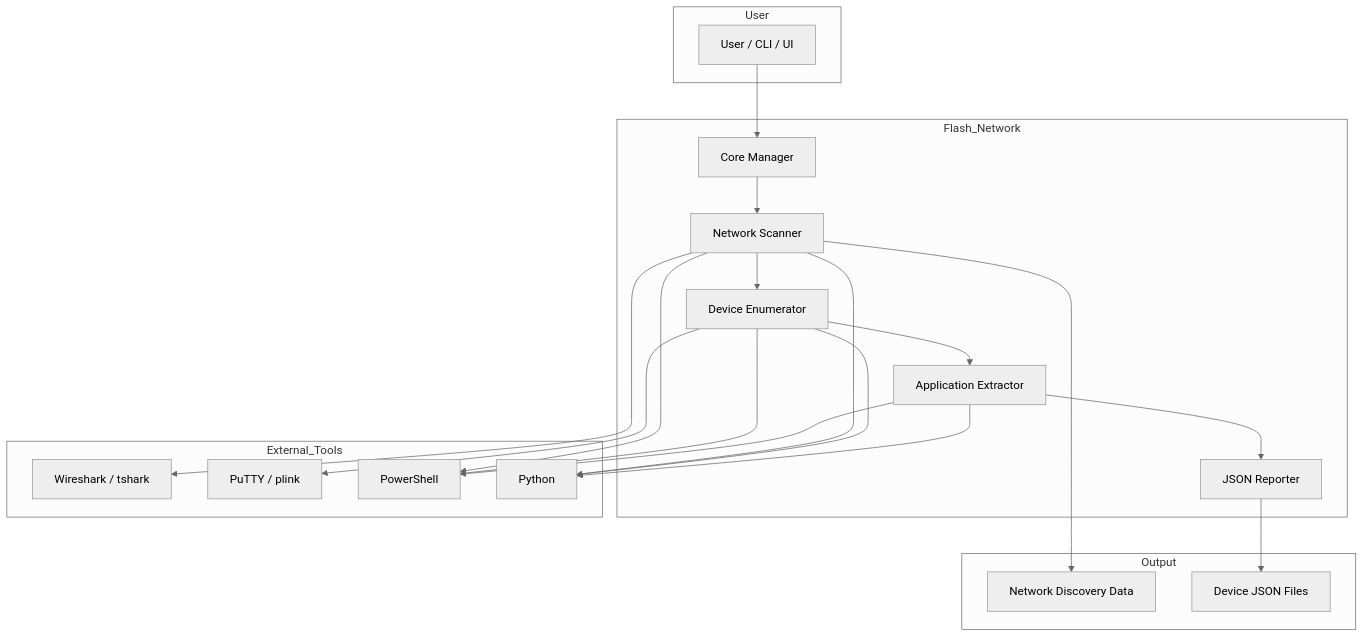
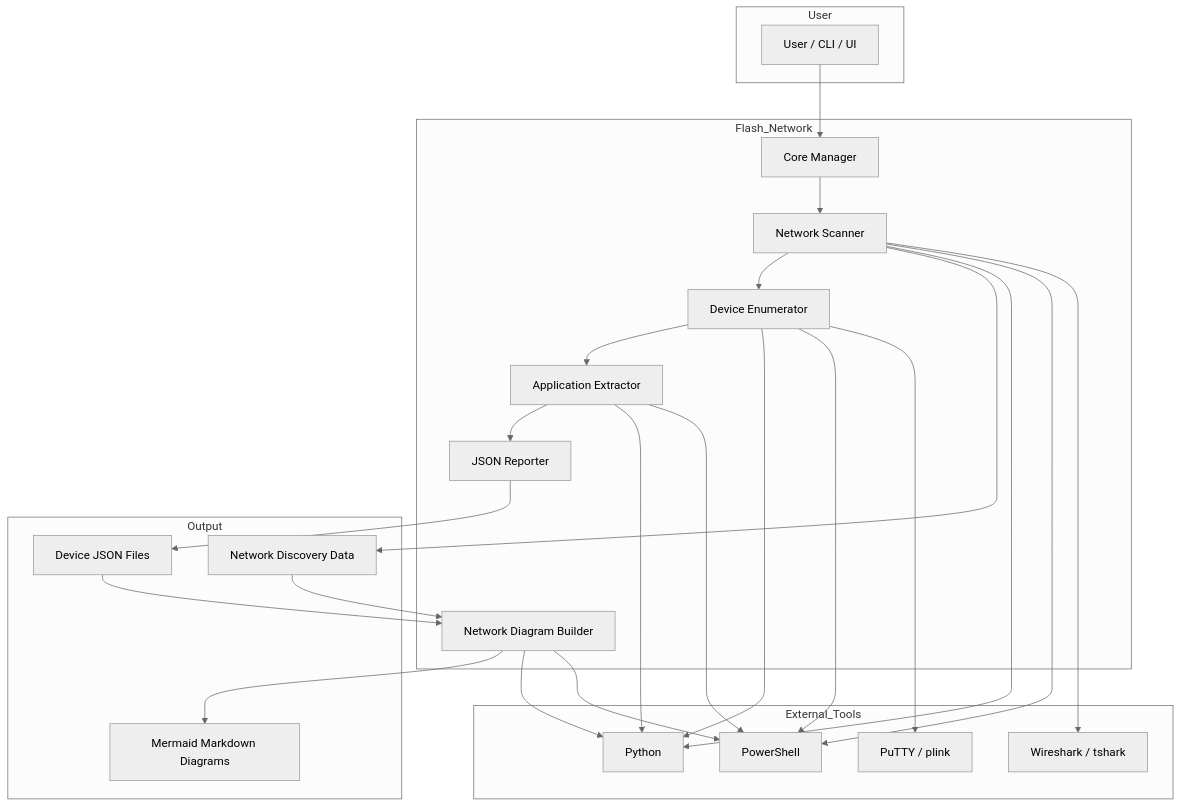
Before and after one commit to rustyrat22/infrastructure_scan_build: the first of 11 diagrams in README.md, drawn with Mermaid (neutral theme). The commit also changed other lines of this file and 3 other files, not shown here.

````diff
--- a/README.md
+++ b/README.md
@@ -11,42 +11,49 @@
 ```mermaid
 flowchart TD
     subgraph User
         U[User / CLI / UI]
     end
 
     subgraph Flash_Network
         CM[Core Manager]
         NS[Network Scanner]
         DE[Device Enumerator]
         AE[Application Extractor]
         JR[JSON Reporter]
+        NDB[Network Diagram Builder]
     end
 
     subgraph External_Tools
         WS[Wireshark / tshark]
         PT[PuTTY / plink]
         PS[PowerShell]
         PY[Python]
     end
 
     subgraph Output
         NETDISC[Network Discovery Data]
         DEVJSON[Device JSON Files]
+        MD[Mermaid Markdown Diagrams]
     end
 
     U --> CM
     CM --> NS
     NS --> WS
     NS --> PS
     NS --> PY
     NS --> NETDISC
     NS --> DE
     DE --> PT
     DE --> PS
     DE --> PY
     DE --> AE
     AE --> PS
     AE --> PY
     AE --> JR
     JR --> DEVJSON
+    NETDISC --> NDB
+    DEVJSON --> NDB
+    NDB --> PS
+    NDB --> PY
+    NDB --> MD
 ```
````
